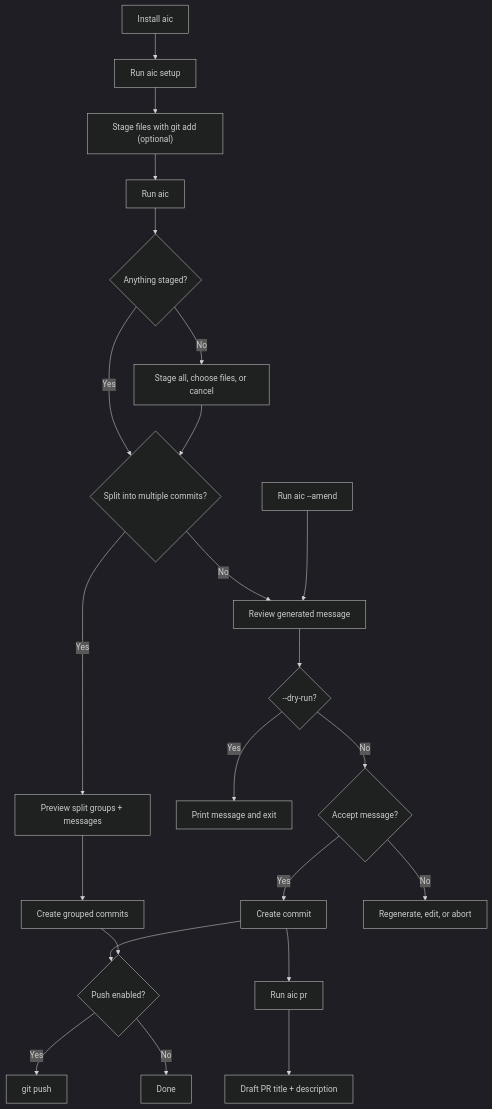
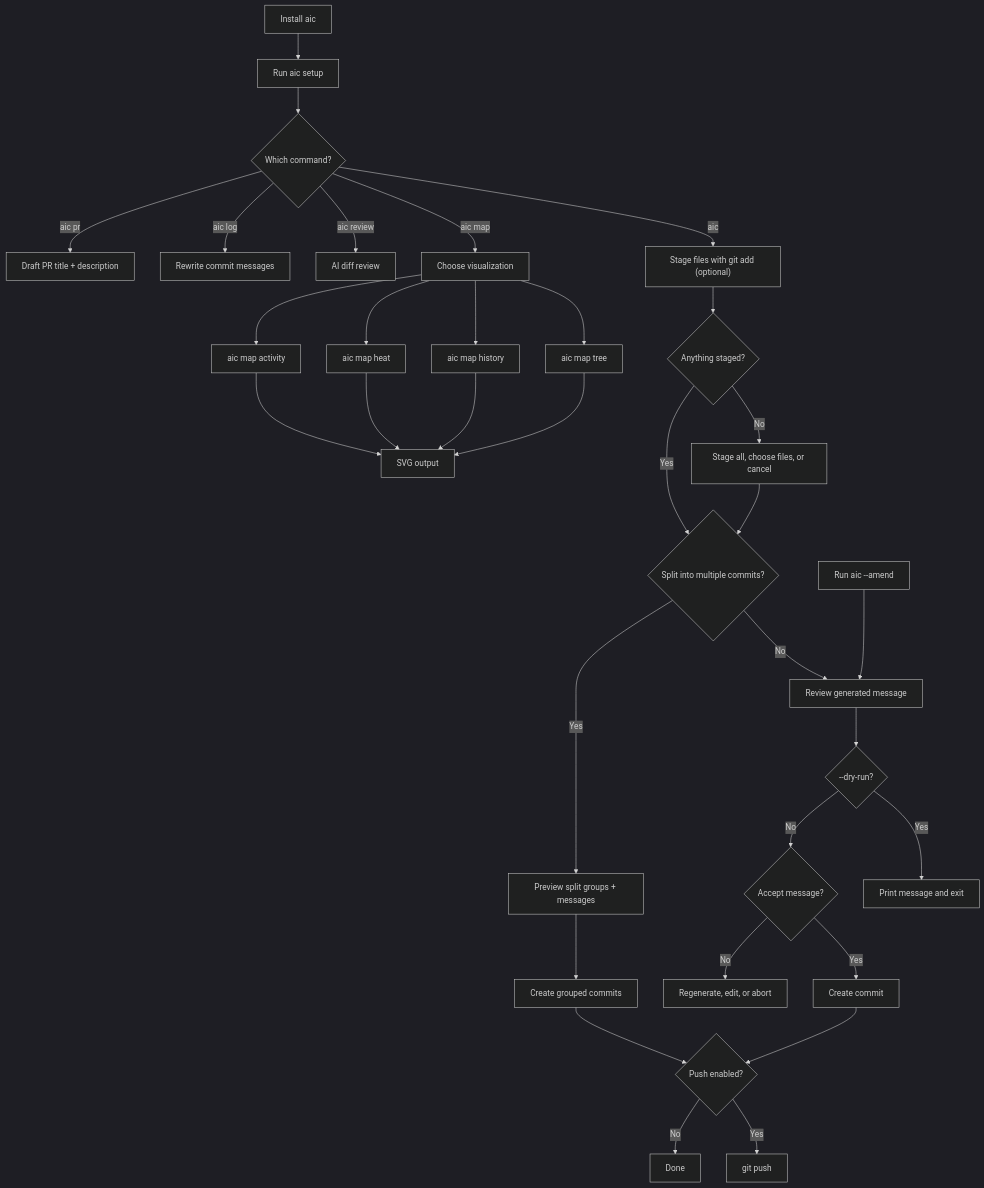
Before and after one commit to russmckendrick/aicommit: the diagram in docs/README.md, drawn with Mermaid (dark theme). The commit also changed 4 other files, not shown here.

````diff
--- a/docs/README.md
+++ b/docs/README.md
@@ -26,25 +26,35 @@
 ```mermaid
 flowchart TD
     A["Install aic"] --> B["Run aic setup"]
-    B --> C["Stage files with git add (optional)"]
-    C --> D["Run aic"]
+    B --> C{"Which command?"}
+    C -->|aic| D["Stage files with git add (optional)"]
+    C -->|aic map| MAP["Choose visualization"]
+    C -->|aic review| REV["AI diff review"]
+    C -->|aic log| LOG["Rewrite commit messages"]
+    C -->|aic pr| PR["Draft PR title + description"]
+    MAP --> TREE["aic map tree"]
+    MAP --> HIST["aic map history"]
+    MAP --> HEAT["aic map heat"]
+    MAP --> ACT["aic map activity"]
+    TREE --> SVG["SVG output"]
+    HIST --> SVG
+    HEAT --> SVG
+    ACT --> SVG
     D --> STAGE{"Anything staged?"}
     STAGE -->|No| PICK["Stage all, choose files, or cancel"]
     STAGE -->|Yes| SPLIT{"Split into multiple commits?"}
     PICK --> SPLIT
     SPLIT -->|No| E["Review generated message"]
     SPLIT -->|Yes| SG["Preview split groups + messages"]
     SG --> GC["Create grouped commits"]
     E --> DRY{"--dry-run?"}
     DRY -->|Yes| PRINT["Print message and exit"]
     DRY -->|No| F{"Accept message?"}
     F -->|Yes| G["Create commit"]
     F -->|No| H["Regenerate, edit, or abort"]
     G --> I{"Push enabled?"}
     I -->|Yes| J["git push"]
     I -->|No| K["Done"]
-    G --> PR["Run aic pr"]
-    PR --> PRD["Draft PR title + description"]
     GC --> I
     AMEND["Run aic --amend"] --> E
 ```
````
